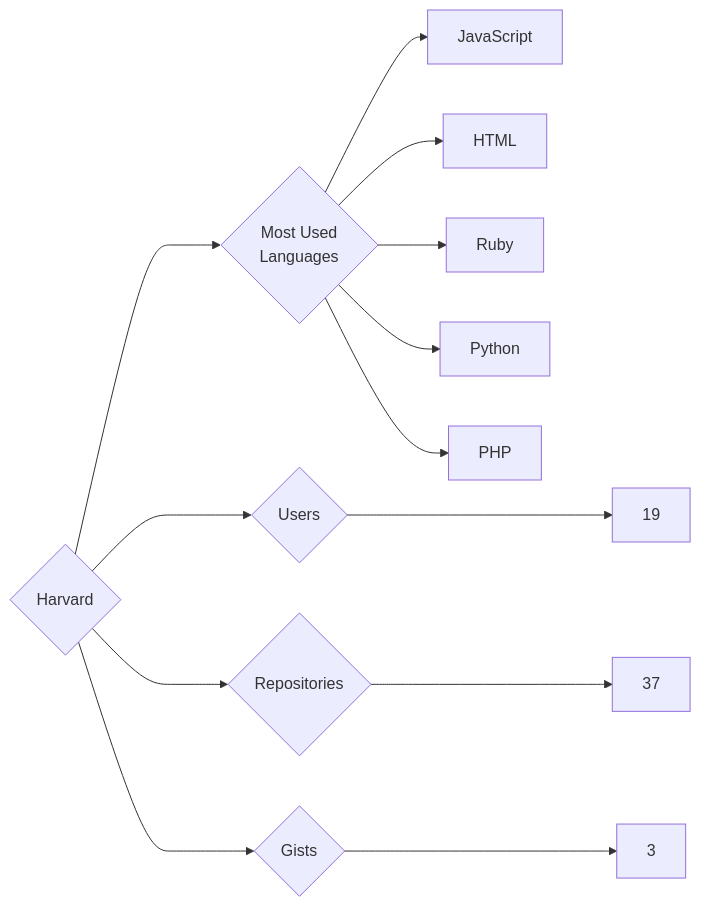
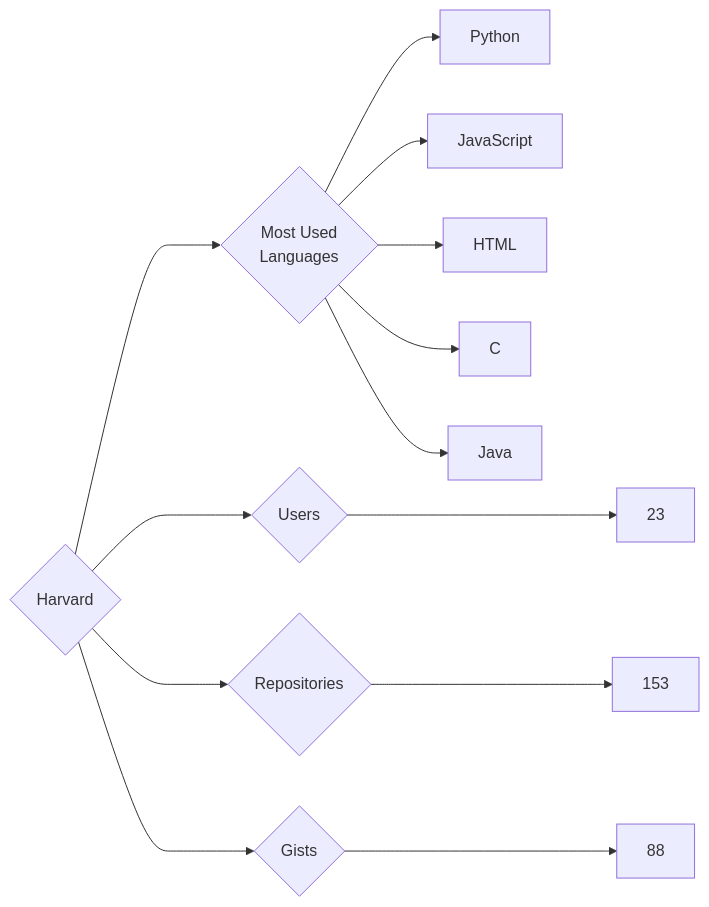
Before and after one commit to trickest/insiders: the diagram in targets/Harvard/README.md, drawn with Mermaid. The commit also changed 629 other files, not shown here.

````diff
--- a/targets/Harvard/README.md
+++ b/targets/Harvard/README.md
@@ -3,13 +3,13 @@
 ```mermaid
 graph LR
 COMPANY_NAME{Harvard}
-COMPANY_NAME ---> U{Users} ---> UN[19]
-COMPANY_NAME ---> R{Repositories} ---> RN[37]
-COMPANY_NAME ---> G{Gists} ---> GN[3]
+COMPANY_NAME ---> U{Users} ---> UN[23]
+COMPANY_NAME ---> R{Repositories} ---> RN[153]
+COMPANY_NAME ---> G{Gists} ---> GN[88]
 COMPANY_NAME ---> ML{Most Used<br>Languages}
+ML --> Python[Python]
 ML --> JavaScript[JavaScript]
 ML --> HTML[HTML]
-ML --> Ruby[Ruby]
-ML --> Python[Python]
-ML --> PHP[PHP]
+ML --> C[C]
+ML --> Java[Java]
 ```
````
